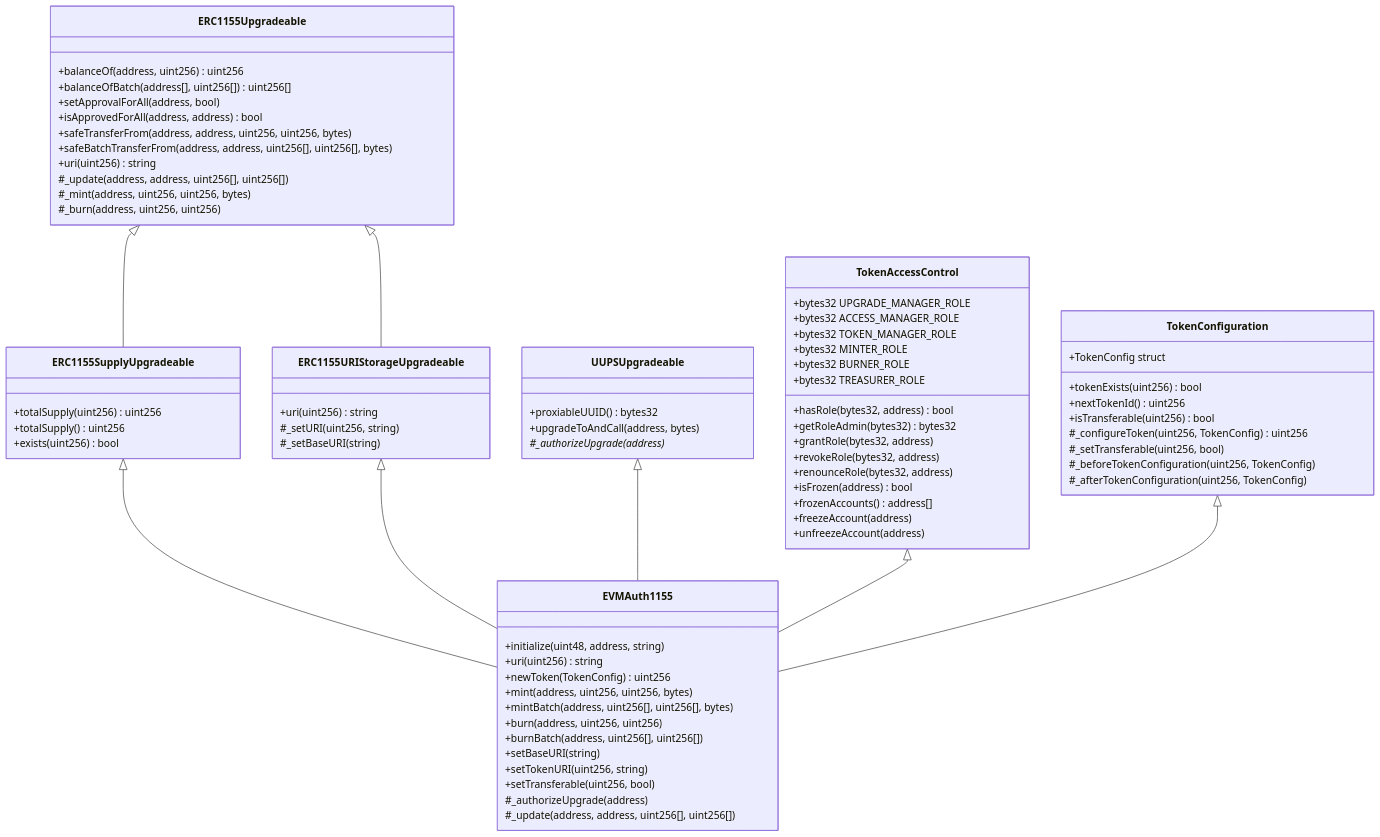
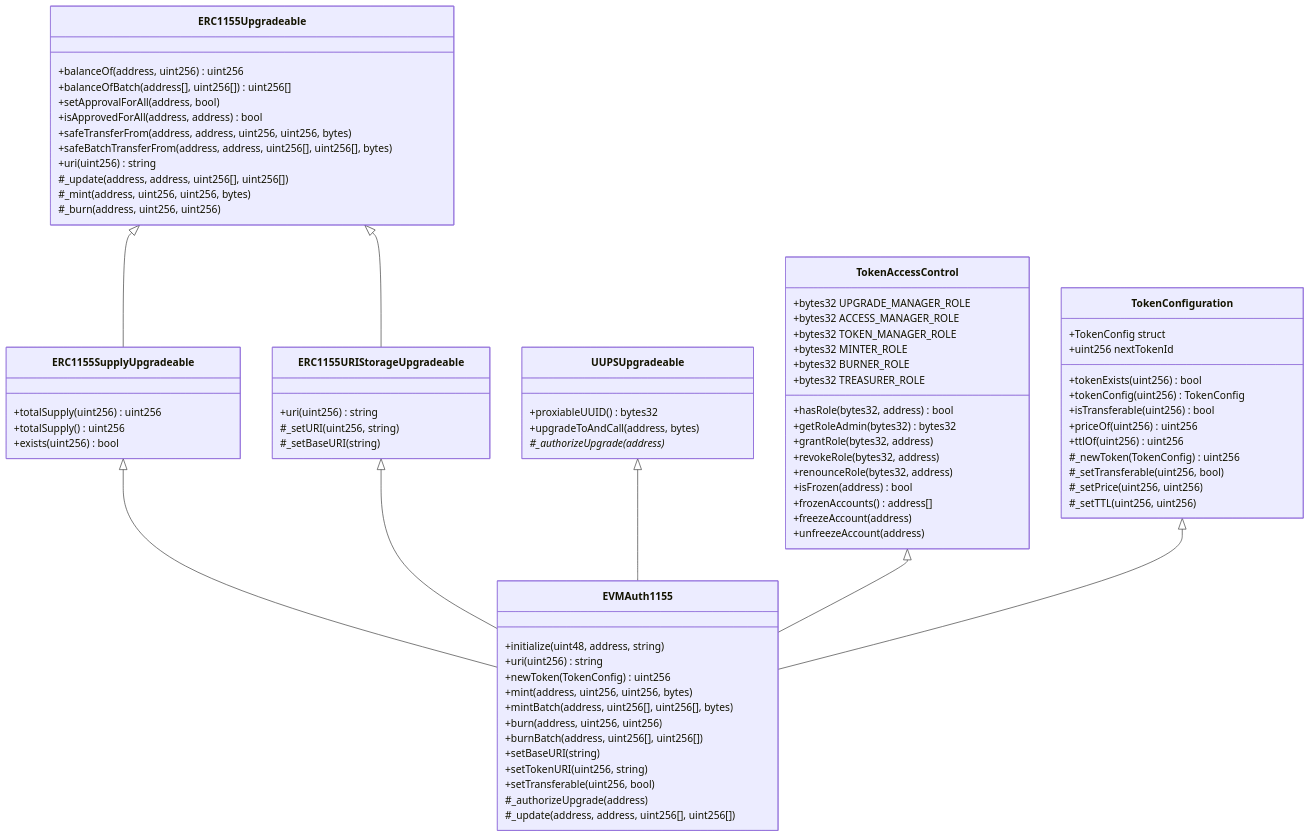
Before and after one commit to glanzz/evmauth-core: the seventh of 18 diagrams in src/README.md, drawn with Mermaid. The commit also changed other lines of this file, not shown here.

Commit message:
docs: update class diagrams

````diff
--- a/src/README.md
+++ b/src/README.md
@@ -396,79 +408,82 @@
 ```mermaid
 classDiagram
     class ERC1155Upgradeable{
         +balanceOf(address, uint256) uint256
         +balanceOfBatch(address[], uint256[]) uint256[]
         +setApprovalForAll(address, bool)
         +isApprovedForAll(address, address) bool
         +safeTransferFrom(address, address, uint256, uint256, bytes)
         +safeBatchTransferFrom(address, address, uint256[], uint256[], bytes)
         +uri(uint256) string
         #_update(address, address, uint256[], uint256[])
         #_mint(address, uint256, uint256, bytes)
         #_burn(address, uint256, uint256)
     }
     class ERC1155SupplyUpgradeable{
         +totalSupply(uint256) uint256
         +totalSupply() uint256
         +exists(uint256) bool
     }
     class ERC1155URIStorageUpgradeable{
         +uri(uint256) string
         #_setURI(uint256, string)
         #_setBaseURI(string)
     }
     class UUPSUpgradeable{
         +proxiableUUID() bytes32
         +upgradeToAndCall(address, bytes)
         #_authorizeUpgrade(address)*
     }
     class TokenAccessControl{
         +bytes32 UPGRADE_MANAGER_ROLE
         +bytes32 ACCESS_MANAGER_ROLE
         +bytes32 TOKEN_MANAGER_ROLE
         +bytes32 MINTER_ROLE
         +bytes32 BURNER_ROLE
         +bytes32 TREASURER_ROLE
         +hasRole(bytes32, address) bool
         +getRoleAdmin(bytes32) bytes32
         +grantRole(bytes32, address)
         +revokeRole(bytes32, address)
         +renounceRole(bytes32, address)
         +isFrozen(address) bool
         +frozenAccounts() address[]
         +freezeAccount(address)
         +unfreezeAccount(address)
     }
     class TokenConfiguration{
         +TokenConfig struct
+        +uint256 nextTokenId
         +tokenExists(uint256) bool
-        +nextTokenId() uint256
+        +tokenConfig(uint256) TokenConfig
         +isTransferable(uint256) bool
-        #_configureToken(uint256, TokenConfig) uint256
+        +priceOf(uint256) uint256
+        +ttlOf(uint256) uint256
+        #_newToken(TokenConfig) uint256
         #_setTransferable(uint256, bool)
-        #_beforeTokenConfiguration(uint256, TokenConfig)
-        #_afterTokenConfiguration(uint256, TokenConfig)
+        #_setPrice(uint256, uint256)
+        #_setTTL(uint256, uint256)
     }
     class EVMAuth1155{
         +initialize(uint48, address, string)
         +uri(uint256) string
         +newToken(TokenConfig) uint256
         +mint(address, uint256, uint256, bytes)
         +mintBatch(address, uint256[], uint256[], bytes)
         +burn(address, uint256, uint256)
         +burnBatch(address, uint256[], uint256[])
         +setBaseURI(string)
         +setTokenURI(uint256, string)
         +setTransferable(uint256, bool)
         #_authorizeUpgrade(address)
         #_update(address, address, uint256[], uint256[])
     }
     
     ERC1155Upgradeable <|-- ERC1155SupplyUpgradeable
     ERC1155Upgradeable <|-- ERC1155URIStorageUpgradeable
     ERC1155SupplyUpgradeable <|-- EVMAuth1155
     ERC1155URIStorageUpgradeable <|-- EVMAuth1155
     UUPSUpgradeable <|-- EVMAuth1155
     TokenAccessControl <|-- EVMAuth1155
     TokenConfiguration <|-- EVMAuth1155
 ```
````
